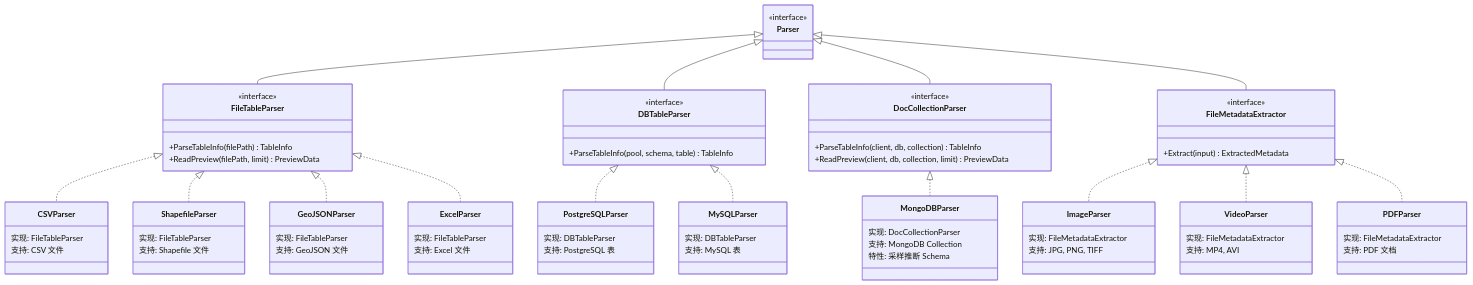
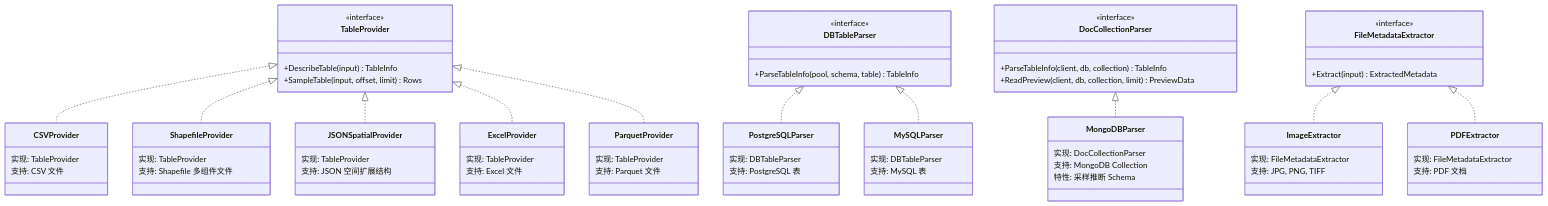
Before and after one commit to pampa0629/addp: the fourth of 7 diagrams in docs/concepts/addp元数据体系图.md, drawn with Mermaid. The commit also changed other lines of this file and 40 other files, not shown here.

````diff
--- a/docs/concepts/addp元数据体系图.md
+++ b/docs/concepts/addp元数据体系图.md
@@ -124,13 +124,9 @@
 ```mermaid
 classDiagram
-    class Parser {
+    class TableProvider {
         <<interface>>
-    }
-
-    class FileTableParser {
-        <<interface>>
-        +ParseTableInfo(filePath) TableInfo
-        +ReadPreview(filePath, limit) PreviewData
+        +DescribeTable(input) TableInfo
+        +SampleTable(input, offset, limit) Rows
     }
 
     class DBTableParser {
@@ -149,29 +145,29 @@
         +Extract(input) ExtractedMetadata
     }
 
-    Parser <|-- FileTableParser
-    Parser <|-- DBTableParser
-    Parser <|-- DocCollectionParser
-    Parser <|-- FileMetadataExtractor
-
-    class CSVParser {
-        实现: FileTableParser
+    class CSVProvider {
+        实现: TableProvider
         支持: CSV 文件
     }
 
-    class ShapefileParser {
-        实现: FileTableParser
-        支持: Shapefile 文件
+    class ShapefileProvider {
+        实现: TableProvider
+        支持: Shapefile 多组件文件
     }
 
-    class GeoJSONParser {
-        实现: FileTableParser
-        支持: GeoJSON 文件
+    class JSONSpatialProvider {
+        实现: TableProvider
+        支持: JSON 空间扩展结构
     }
 
-    class ExcelParser {
-        实现: FileTableParser
+    class ExcelProvider {
+        实现: TableProvider
         支持: Excel 文件
+    }
+
+    class ParquetProvider {
+        实现: TableProvider
+        支持: Parquet 文件
     }
 
     class PostgreSQLParser {
@@ -190,32 +186,27 @@
         特性: 采样推断 Schema
     }
 
-    class ImageParser {
+    class ImageExtractor {
         实现: FileMetadataExtractor
         支持: JPG, PNG, TIFF
     }
 
-    class VideoParser {
-        实现: FileMetadataExtractor
-        支持: MP4, AVI
-    }
-
-    class PDFParser {
+    class PDFExtractor {
         实现: FileMetadataExtractor
         支持: PDF 文档
     }
 
-    FileTableParser <|.. CSVParser
-    FileTableParser <|.. ShapefileParser
-    FileTableParser <|.. GeoJSONParser
-    FileTableParser <|.. ExcelParser
+    TableProvider <|.. CSVProvider
+    TableProvider <|.. ShapefileProvider
+    TableProvider <|.. JSONSpatialProvider
+    TableProvider <|.. ExcelProvider
+    TableProvider <|.. ParquetProvider
 
     DBTableParser <|.. PostgreSQLParser
     DBTableParser <|.. MySQLParser
 
     DocCollectionParser <|.. MongoDBParser
 
-    FileMetadataExtractor <|.. ImageParser
-    FileMetadataExtractor <|.. VideoParser
-    FileMetadataExtractor <|.. PDFParser
+    FileMetadataExtractor <|.. ImageExtractor
+    FileMetadataExtractor <|.. PDFExtractor
 ```
````
